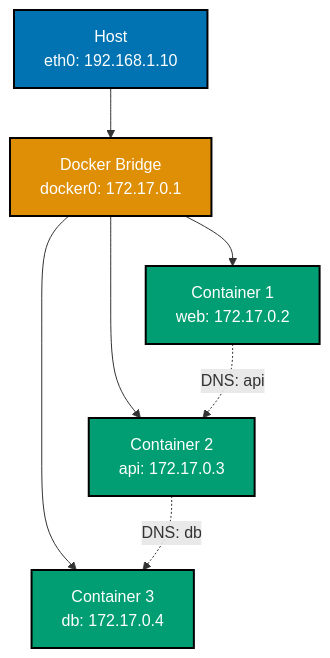
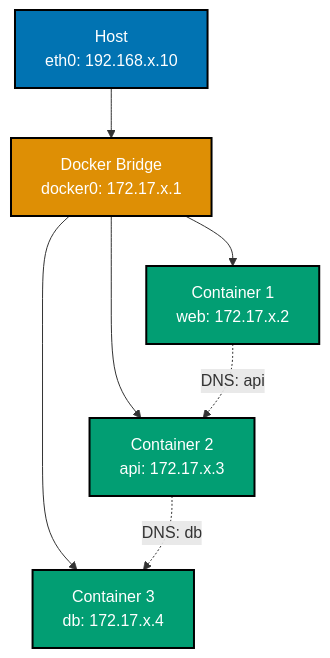
The seventh of 8 diagrams in apps/ayokoding-www/content/en/learn/legacy/software-engineering/infrastructure/tools/docker/by-example/beginner.md (wahidyankf/ose-public), drawn with Mermaid before and after one commit. The commit also changed other lines of this file and 102 other files, not shown here.

````diff
--- a/apps/ayokoding-www/content/en/learn/legacy/software-engineering/infrastructure/tools/docker/by-example/beginner.md
+++ b/apps/ayokoding-www/content/en/learn/legacy/software-engineering/infrastructure/tools/docker/by-example/beginner.md
@@ -1278,17 +1278,17 @@
 ```mermaid
 %% Color Palette: Blue #0173B2, Orange #DE8F05, Teal #029E73, Purple #CC78BC, Brown #CA9161
 %% Bridge network topology
 graph TD
- A["Host<br/>eth0: 192.168.1.10"] --> B["Docker Bridge<br/>docker0: 172.17.0.1"]
- B --> C["Container 1<br/>web: 172.17.0.2"]
- B --> D["Container 2<br/>api: 172.17.0.3"]
- B --> E["Container 3<br/>db: 172.17.0.4"]
+ A["Host<br/>eth0: 192.168.x.10"] --> B["Docker Bridge<br/>docker0: 172.17.x.1"]
+ B --> C["Container 1<br/>web: 172.17.x.2"]
+ B --> D["Container 2<br/>api: 172.17.x.3"]
+ B --> E["Container 3<br/>db: 172.17.x.4"]
  C -.->|"DNS: api"| D
  D -.->|"DNS: db"| E
 
  style A fill:#0173B2,stroke:#000000,stroke-width:2px,color:#fff
  style B fill:#DE8F05,stroke:#000000,stroke-width:2px,color:#fff
  style C fill:#029E73,stroke:#000000,stroke-width:2px,color:#fff
  style D fill:#029E73,stroke:#000000,stroke-width:2px,color:#fff
  style E fill:#029E73,stroke:#000000,stroke-width:2px,color:#fff
 ```
````
